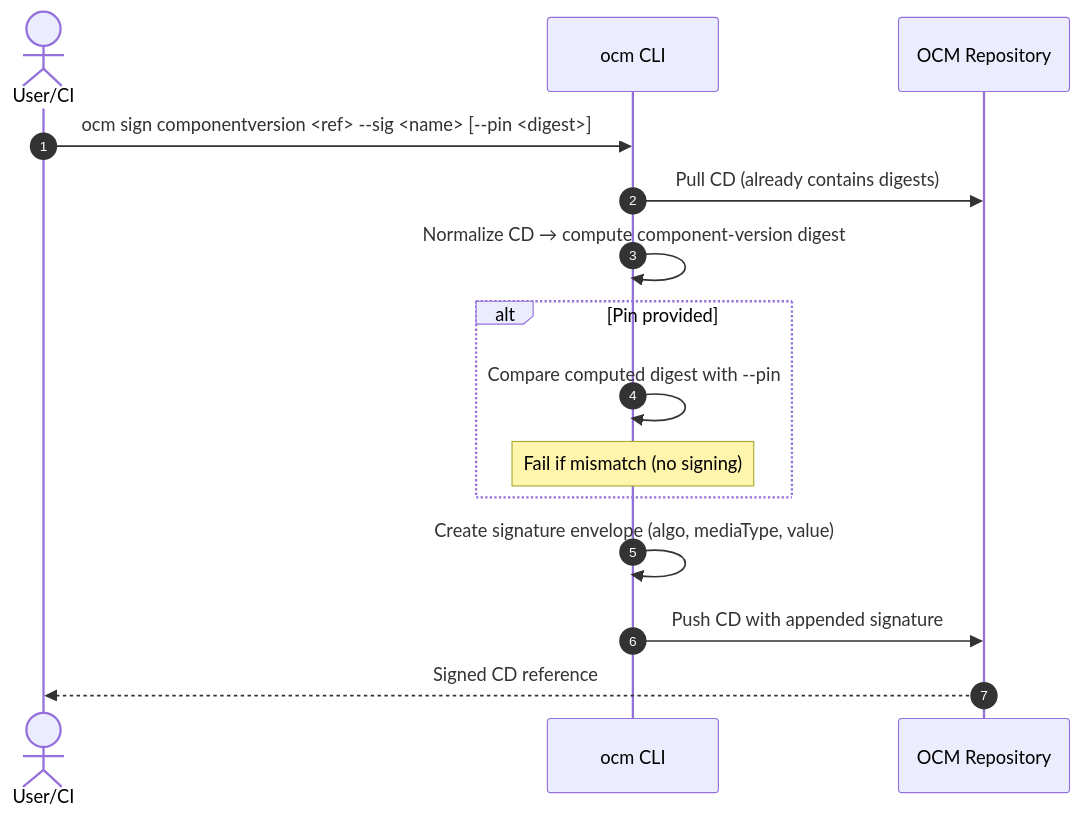
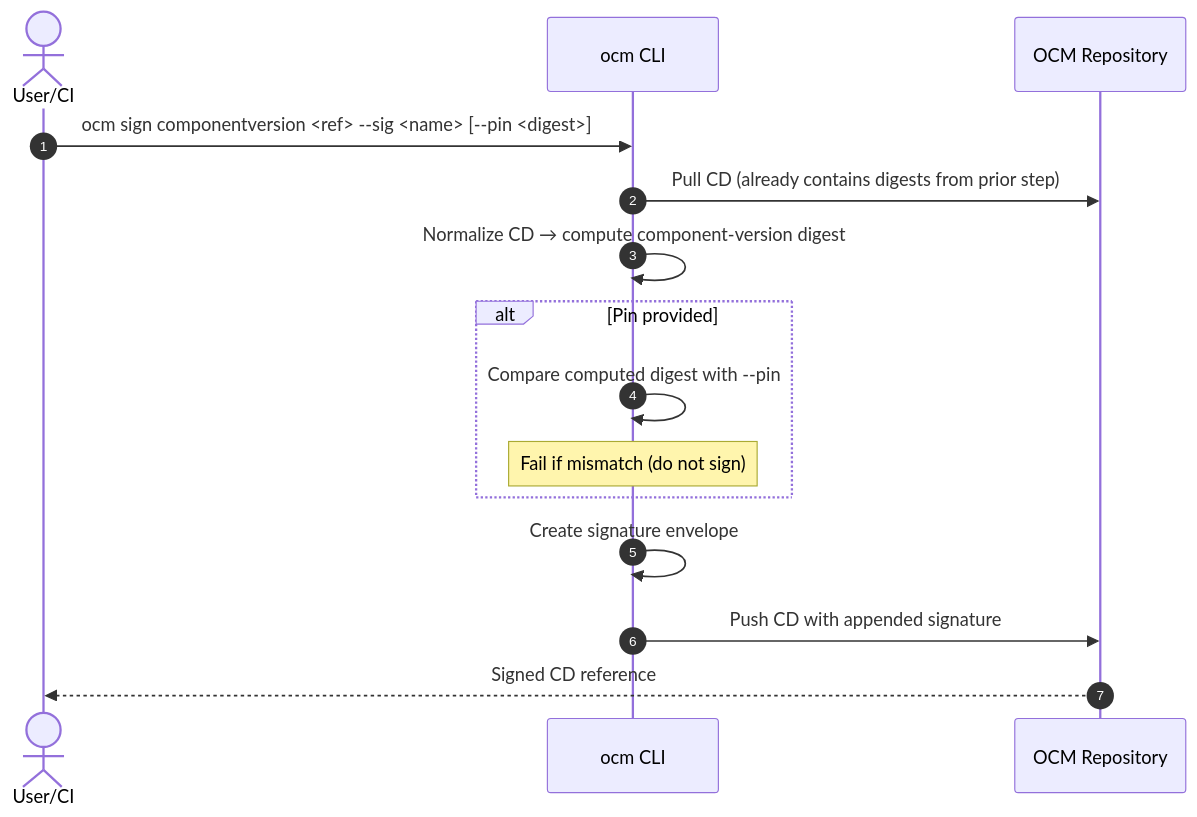
Before and after one commit to open-component-model/open-component-model: the second of 2 diagrams in docs/adr/0008_signing_verification.md, drawn with Mermaid. The commit also changed other lines of this file, not shown here.

````diff
--- a/docs/adr/0008_signing_verification.md
+++ b/docs/adr/0008_signing_verification.md
@@ -121,18 +299,18 @@
 ```mermaid
 sequenceDiagram
 autonumber
 actor U as User/CI
 participant C as ocm CLI
 participant R as OCM Repository
 
 U->>C: ocm sign componentversion <ref> --sig <name> [--pin <digest>]
-            C->>R: Pull CD (already contains digests)
+            C->>R: Pull CD (already contains digests from prior step)
             C->>C: Normalize CD → compute component-version digest
             alt Pin provided
             C->>C: Compare computed digest with --pin
-            note over C: Fail if mismatch (no signing)
+            note over C: Fail if mismatch (do not sign)
             end
-            C->>C: Create signature envelope (algo, mediaType, value)
+            C->>C: Create signature envelope
             C->>R: Push CD with appended signature
             R-->>U: Signed CD reference
 ```
````
